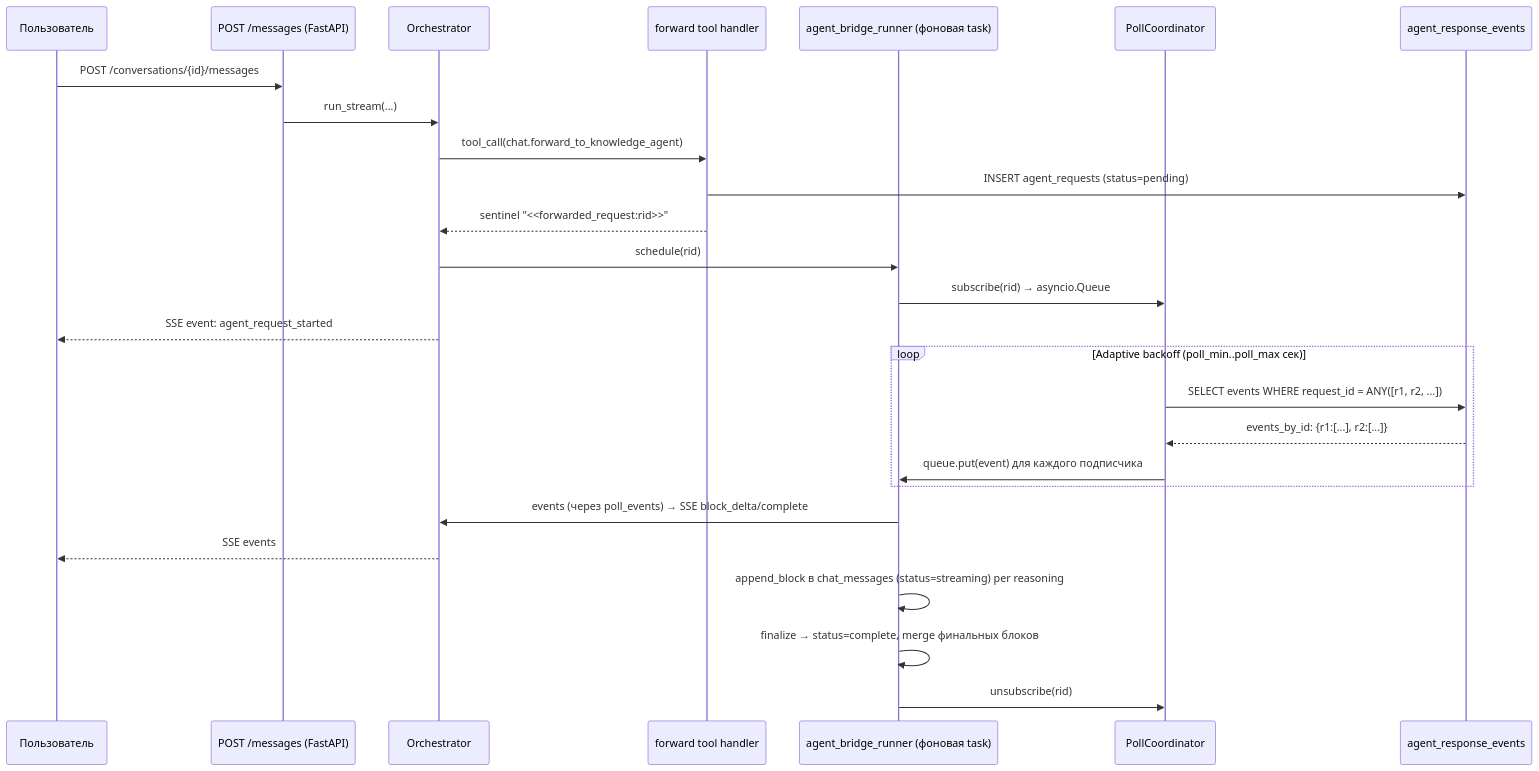
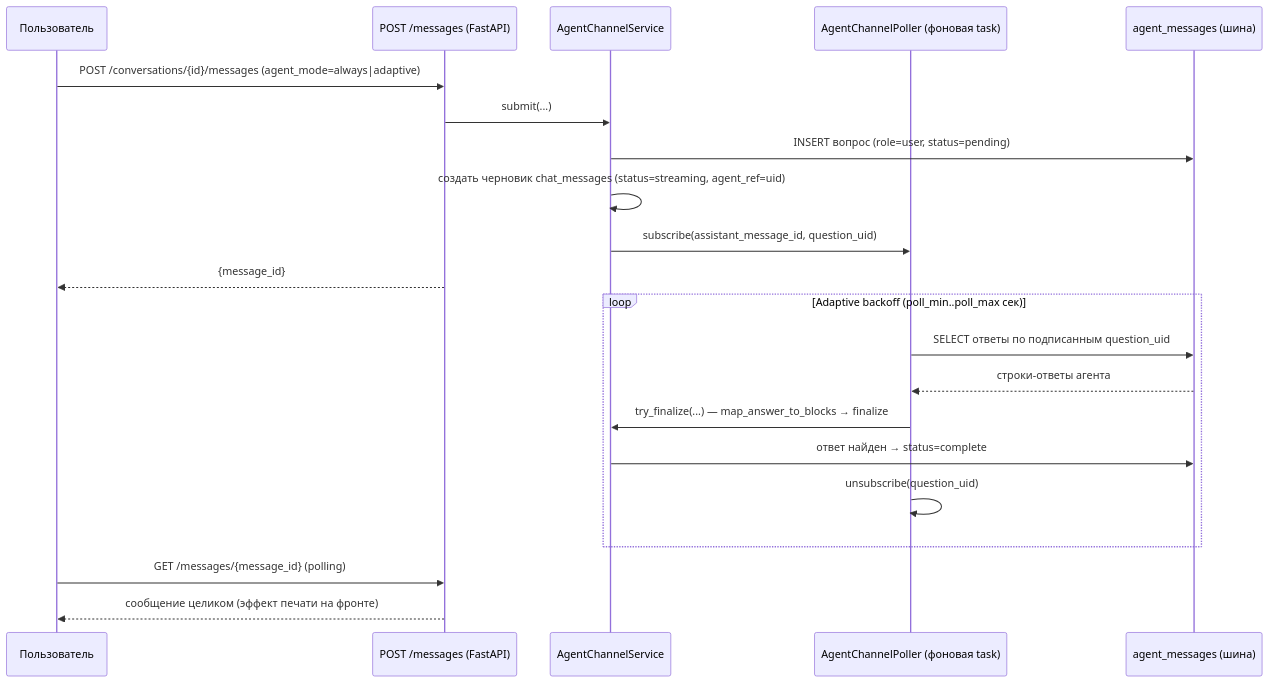
Before and after one commit to mr-Dees/Act-Constructor: the second of 2 diagrams in docs/developer-guide.md, drawn with Mermaid. The commit also changed other lines of this file and 31 other files, not shown here.

Commit message:
Документация, комментарии и мёртвый SSE-код приведены в соответствие с каналом agent_messages

````diff
--- a/docs/developer-guide.md
+++ b/docs/developer-guide.md
@@ -1350,31 +1348,26 @@
 ```mermaid
 sequenceDiagram
     participant U as Пользователь
     participant API as POST /messages (FastAPI)
-    participant O as Orchestrator
-    participant T as forward tool handler
-    participant R as agent_bridge_runner (фоновая task)
-    participant PC as PollCoordinator
-    participant DB as agent_response_events
+    participant S as AgentChannelService
+    participant P as AgentChannelPoller (фоновая task)
+    participant BUS as agent_messages (шина)
 
-    U->>API: POST /conversations/{id}/messages
-    API->>O: run_stream(...)
-    O->>T: tool_call(chat.forward_to_knowledge_agent)
-    T->>DB: INSERT agent_requests (status=pending)
-    T-->>O: sentinel "<<forwarded_request:rid>>"
-    O->>R: schedule(rid)
-    R->>PC: subscribe(rid) → asyncio.Queue
-    O-->>U: SSE event: agent_request_started
+    U->>API: POST /conversations/{id}/messages (agent_mode=always|adaptive)
+    API->>S: submit(...)
+    S->>BUS: INSERT вопрос (role=user, status=pending)
+    S->>S: создать черновик chat_messages (status=streaming, agent_ref=uid)
+    S->>P: subscribe(assistant_message_id, question_uid)
+    API-->>U: {message_id}
 
     loop Adaptive backoff (poll_min..poll_max сек)
-        PC->>DB: SELECT events WHERE request_id = ANY([r1, r2, ...])
-        DB-->>PC: events_by_id: {r1:[...], r2:[...]}
-        PC->>R: queue.put(event) для каждого подписчика
+        P->>BUS: SELECT ответы по подписанным question_uid
+        BUS-->>P: строки-ответы агента
+        P->>S: try_finalize(...) — map_answer_to_blocks → finalize
+        S->>BUS: ответ найден → status=complete
+        P->>P: unsubscribe(question_uid)
     end
 
-    R->>O: events (через poll_events) → SSE block_delta/complete
-    O-->>U: SSE events
-    R->>R: append_block в chat_messages (status=streaming) per reasoning
-    R->>R: finalize → status=complete, merge финальных блоков
-    R->>PC: unsubscribe(rid)
+    U->>API: GET /messages/{message_id} (polling)
+    API-->>U: сообщение целиком (эффект печати на фронте)
 ```
````
